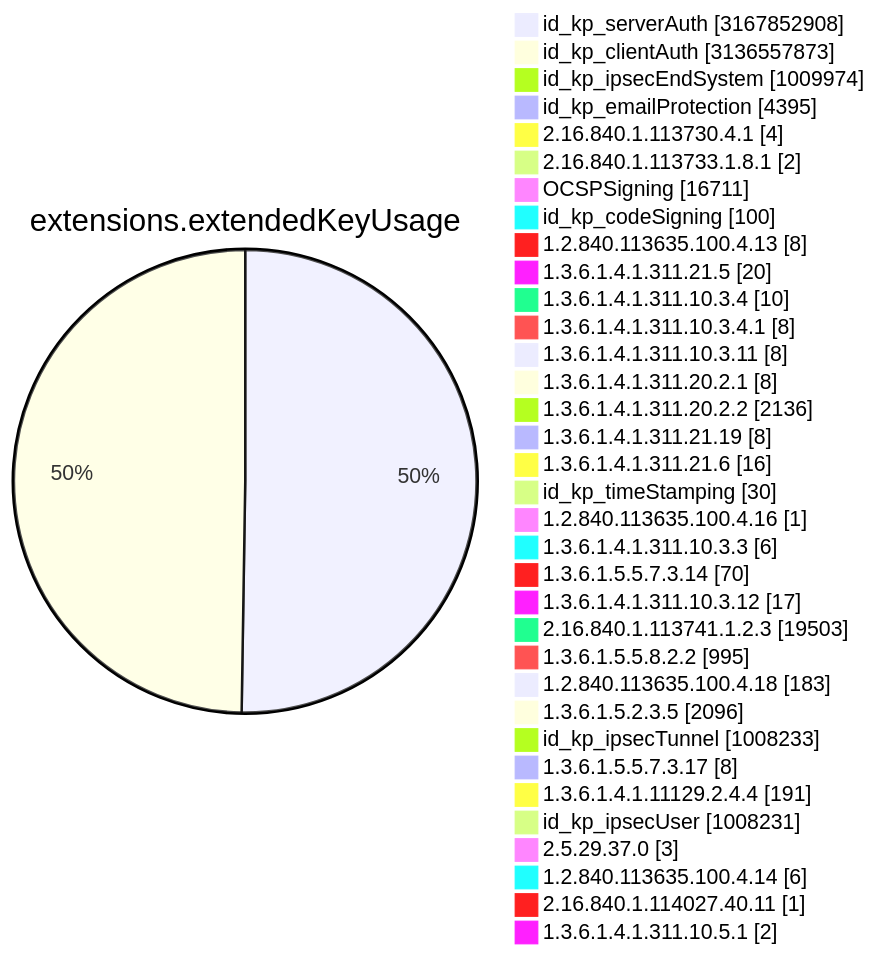
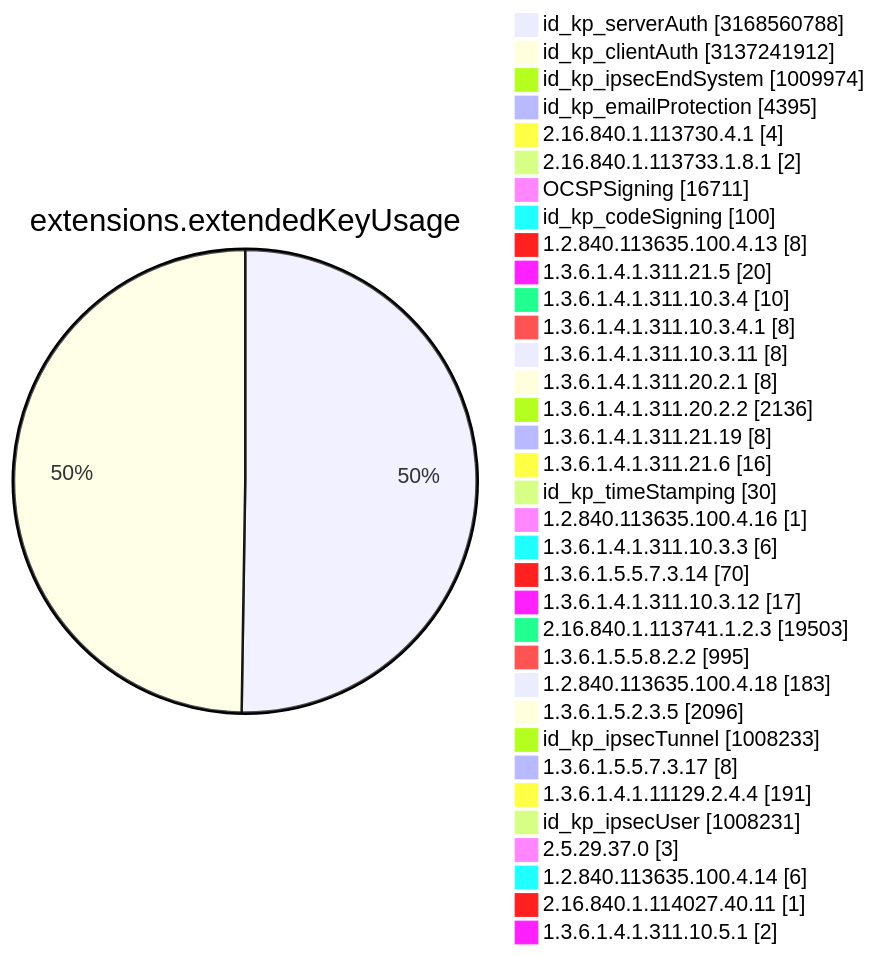
Before and after one commit to christiankrug/ctmonitor_visualization: diagram 11 of 15 in TOTAL/README.md, drawn with Mermaid. The commit also changed other lines of this file, not shown here.

````diff
--- a/TOTAL/README.md
+++ b/TOTAL/README.md
@@ -4119,38 +4119,38 @@
 ```mermaid
 pie showData
 title extensions.extendedKeyUsage
-"id_kp_serverAuth" :3167852908
-"id_kp_clientAuth" :3136557873
+"id_kp_serverAuth" :3168560788
+"id_kp_clientAuth" :3137241912
 "id_kp_ipsecEndSystem" :1009974
 "id_kp_emailProtection" :4395
 "2.16.840.1.113730.4.1" :4
 "2.16.840.1.113733.1.8.1" :2
 "OCSPSigning" :16711
 "id_kp_codeSigning" :100
 "1.2.840.113635.100.4.13" :8
 "1.3.6.1.4.1.311.21.5" :20
 "1.3.6.1.4.1.311.10.3.4" :10
 "1.3.6.1.4.1.311.10.3.4.1" :8
 "1.3.6.1.4.1.311.10.3.11" :8
 "1.3.6.1.4.1.311.20.2.1" :8
 "1.3.6.1.4.1.311.20.2.2" :2136
 "1.3.6.1.4.1.311.21.19" :8
 "1.3.6.1.4.1.311.21.6" :16
 "id_kp_timeStamping" :30
 "1.2.840.113635.100.4.16" :1
 "1.3.6.1.4.1.311.10.3.3" :6
 "1.3.6.1.5.5.7.3.14" :70
 "1.3.6.1.4.1.311.10.3.12" :17
 "2.16.840.1.113741.1.2.3" :19503
 "1.3.6.1.5.5.8.2.2" :995
 "1.2.840.113635.100.4.18" :183
 "1.3.6.1.5.2.3.5" :2096
 "id_kp_ipsecTunnel" :1008233
 "1.3.6.1.5.5.7.3.17" :8
 "1.3.6.1.4.1.11129.2.4.4" :191
 "id_kp_ipsecUser" :1008231
 "2.5.29.37.0" :3
 "1.2.840.113635.100.4.14" :6
 "2.16.840.1.114027.40.11" :1
 "1.3.6.1.4.1.311.10.5.1" :2
 ```
````
